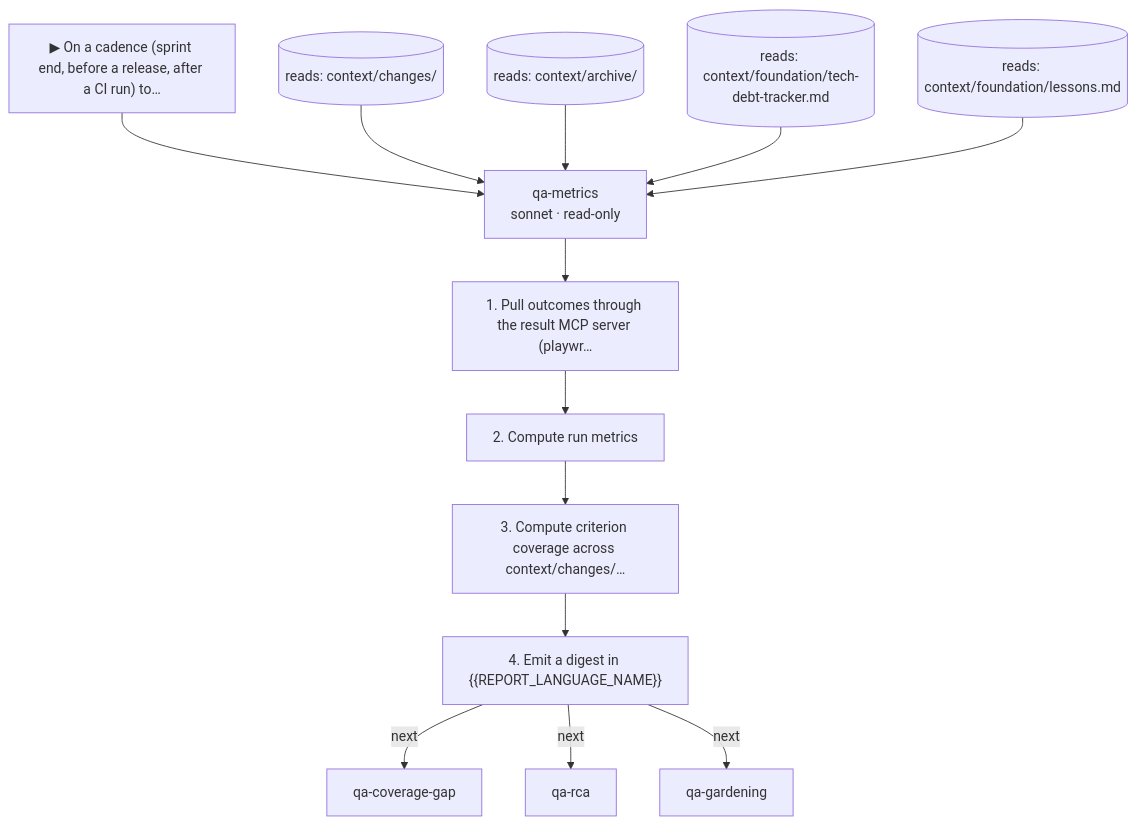
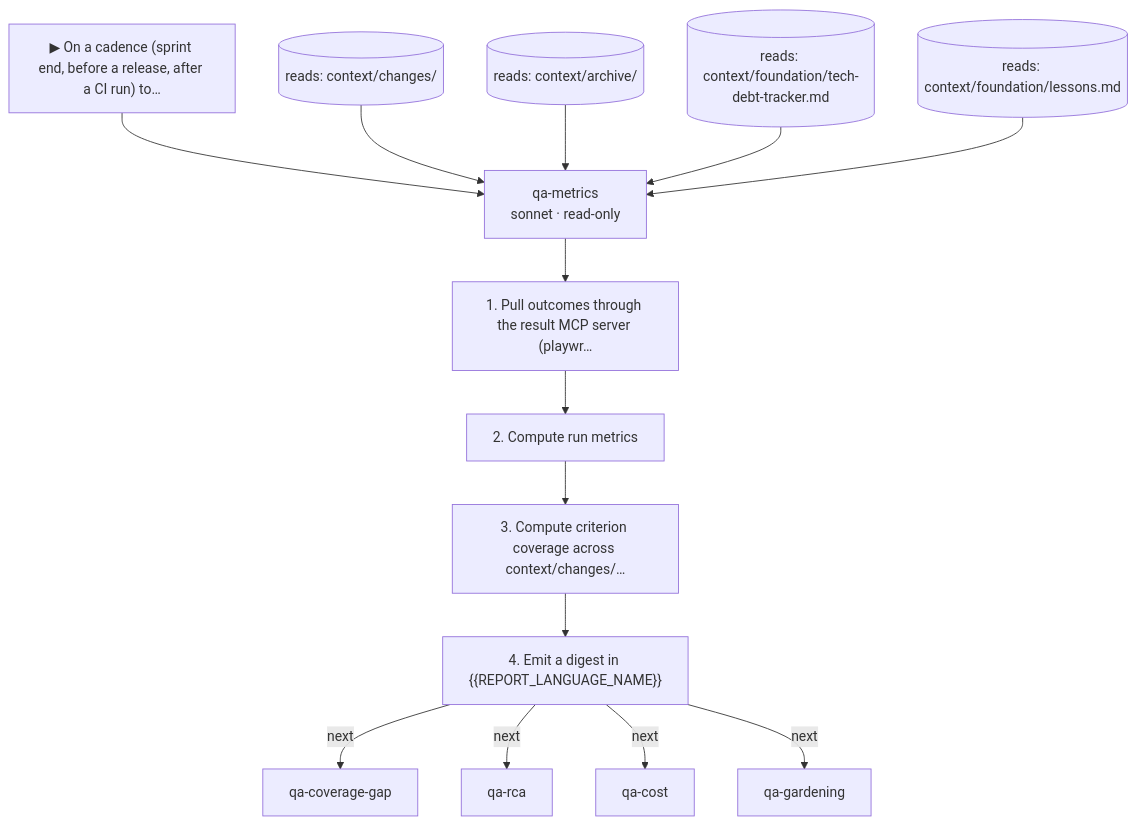
Diagram 24 of 30 in docs/skill-catalog.md (Assamir/ai-process-orchestration), drawn with Mermaid before and after one commit. The commit also changed other lines of this file and 27 other files, not shown here.

````diff
--- a/docs/skill-catalog.md
+++ b/docs/skill-catalog.md
@@ -876,25 +880,26 @@
 ```mermaid
 flowchart TD
   trig["▶ On a cadence (sprint end, before a release, after a CI run) to…"]
   qa_metrics["qa-metrics<br/>sonnet · read-only"]
   trig --> qa_metrics
   r0[("reads: context/changes/")]
   r0 --> qa_metrics
   r1[("reads: context/archive/")]
   r1 --> qa_metrics
   r2[("reads: context/foundation/tech-debt-tracker.md")]
   r2 --> qa_metrics
   r3[("reads: context/foundation/lessons.md")]
   r3 --> qa_metrics
   s0["1. Pull outcomes through the result MCP server (playwr…"]
   qa_metrics --> s0
   s1["2. Compute run metrics"]
   s0 --> s1
   s2["3. Compute criterion coverage across context/changes/…"]
   s1 --> s2
   s3["4. Emit a digest in {{REPORT_LANGUAGE_NAME}}"]
   s2 --> s3
   s3 -->|next| qa_coverage_gap["qa-coverage-gap"]
   s3 -->|next| qa_rca["qa-rca"]
+  s3 -->|next| qa_cost["qa-cost"]
   s3 -->|next| qa_gardening["qa-gardening"]
 ```
````
